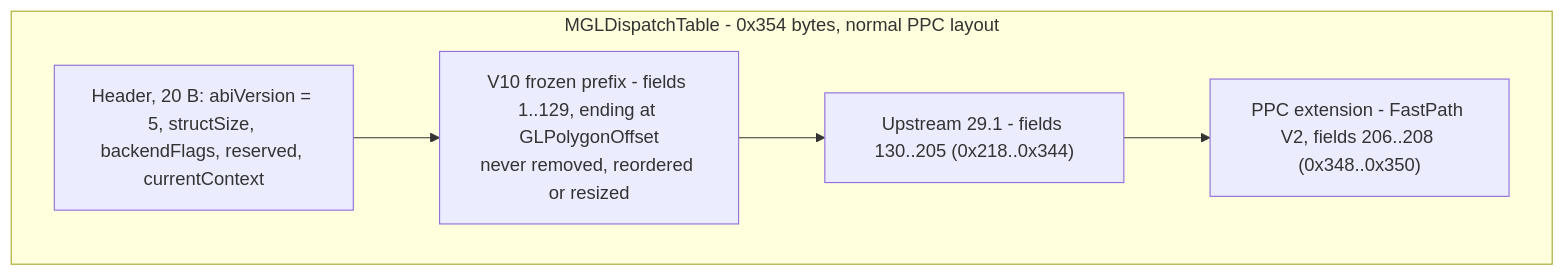
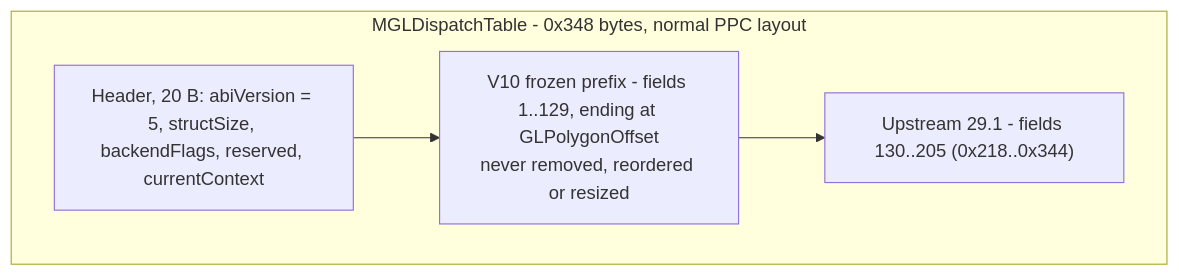
One commit to mirq/R200_MiniGL_PPC changed the diagram in docs/dispatch-abi.md. Above: the diagram before and after it, drawn with Mermaid. The commit also changed other lines of this file and 29 other files, not shown here.

````diff
--- a/docs/dispatch-abi.md
+++ b/docs/dispatch-abi.md
@@ -80,10 +95,9 @@
 ```mermaid
 flowchart TB
-    subgraph T["MGLDispatchTable - 0x354 bytes, normal PPC layout"]
+    subgraph T["MGLDispatchTable - 0x348 bytes, normal PPC layout"]
         HDR["Header, 20 B: abiVersion = 5, structSize, backendFlags, reserved, currentContext"]
         V10["V10 frozen prefix - fields 1..129, ending at GLPolygonOffset<br/>never removed, reordered or resized"]
         UP["Upstream 29.1 - fields 130..205 (0x218..0x344)"]
-        FP["PPC extension - FastPath V2, fields 206..208 (0x348..0x350)"]
     end
-    HDR --> V10 --> UP --> FP
+    HDR --> V10 --> UP
 ```
````
